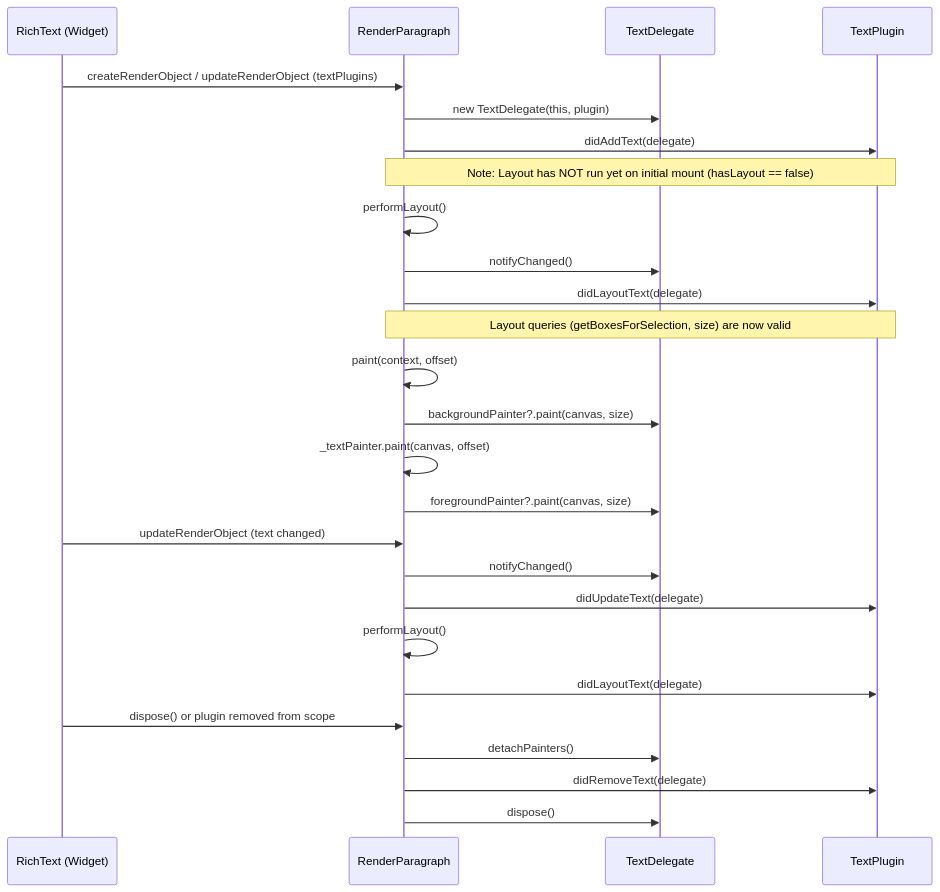
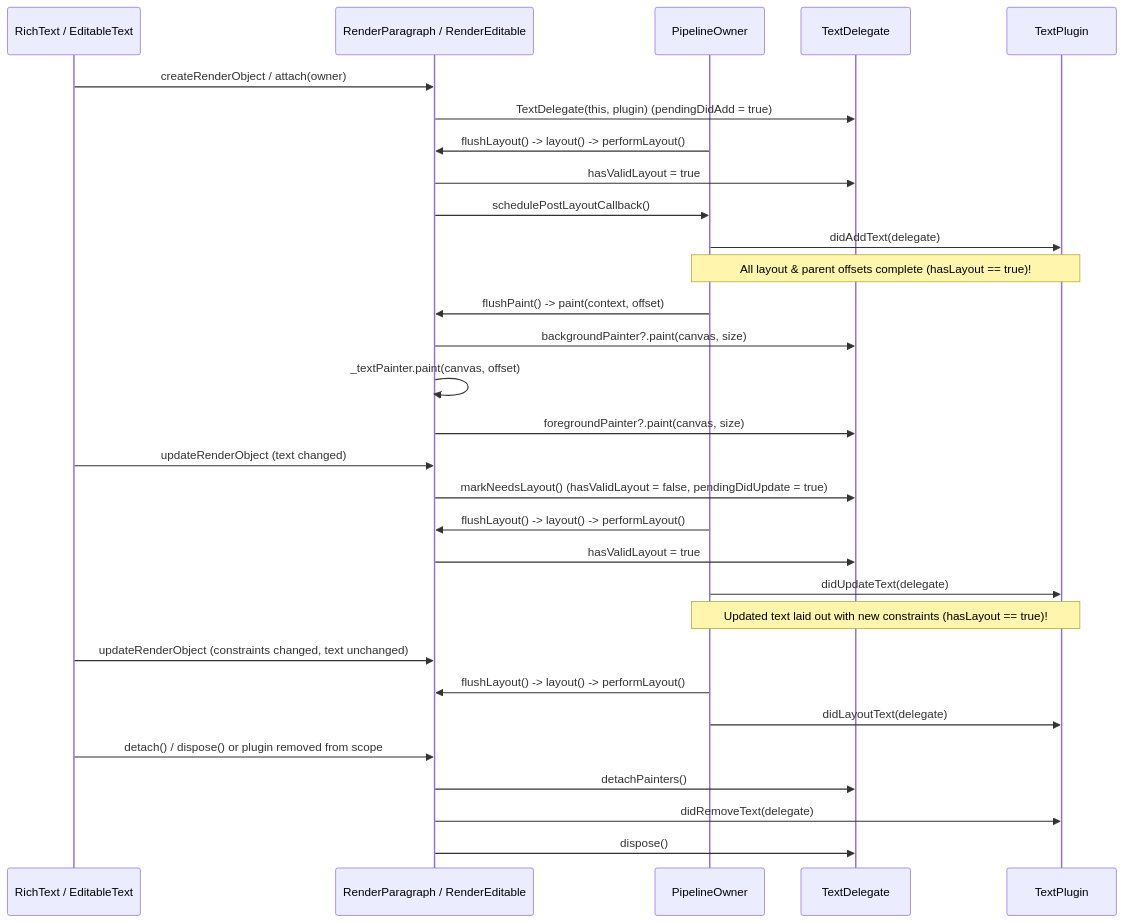
Before and after one commit to flutter/rfc: the second of 3 diagrams in rfc/170.0000-composable-text-plugins.md, drawn with Mermaid. The commit also changed other lines of this file, not shown here.

````diff
--- a/rfc/170.0000-composable-text-plugins.md
+++ b/rfc/170.0000-composable-text-plugins.md
@@ -290,33 +332,38 @@
 ```mermaid
 sequenceDiagram
-    participant W as RichText (Widget)
-    participant RP as RenderParagraph
+    participant W as RichText / EditableText
+    participant RO as RenderParagraph / RenderEditable
+    participant PO as PipelineOwner
     participant TD as TextDelegate
     participant TP as TextPlugin
 
-    W->>RP: createRenderObject / updateRenderObject (textPlugins)
-    RP->>TD: new TextDelegate(this, plugin)
-    RP->>TP: didAddText(delegate)
-    Note over RP,TP: Note: Layout has NOT run yet on initial mount (hasLayout == false)
+    W->>RO: createRenderObject / attach(owner)
+    RO->>TD: TextDelegate(this, plugin) (pendingDidAdd = true)
 
-    RP->>RP: performLayout()
-    RP->>TD: notifyChanged()
-    RP->>TP: didLayoutText(delegate)
-    Note over RP,TP: Layout queries (getBoxesForSelection, size) are now valid
+    PO->>RO: flushLayout() -> layout() -> performLayout()
+    RO->>TD: hasValidLayout = true
+    RO->>PO: schedulePostLayoutCallback()
+    PO->>TP: didAddText(delegate)
+    Note over PO,TP: All layout & parent offsets complete (hasLayout == true)!
 
-    RP->>RP: paint(context, offset)
-    RP->>TD: backgroundPainter?.paint(canvas, size)
-    RP->>RP: _textPainter.paint(canvas, offset)
-    RP->>TD: foregroundPainter?.paint(canvas, size)
+    PO->>RO: flushPaint() -> paint(context, offset)
+    RO->>TD: backgroundPainter?.paint(canvas, size)
+    RO->>RO: _textPainter.paint(canvas, offset)
+    RO->>TD: foregroundPainter?.paint(canvas, size)
 
-    W->>RP: updateRenderObject (text changed)
-    RP->>TD: notifyChanged()
-    RP->>TP: didUpdateText(delegate)
-    RP->>RP: performLayout()
-    RP->>TP: didLayoutText(delegate)
+    W->>RO: updateRenderObject (text changed)
+    RO->>TD: markNeedsLayout() (hasValidLayout = false, pendingDidUpdate = true)
+    PO->>RO: flushLayout() -> layout() -> performLayout()
+    RO->>TD: hasValidLayout = true
+    PO->>TP: didUpdateText(delegate)
+    Note over PO,TP: Updated text laid out with new constraints (hasLayout == true)!
 
-    W->>RP: dispose() or plugin removed from scope
-    RP->>TD: detachPainters()
-    RP->>TP: didRemoveText(delegate)
-    RP->>TD: dispose()
+    W->>RO: updateRenderObject (constraints changed, text unchanged)
+    PO->>RO: flushLayout() -> layout() -> performLayout()
+    PO->>TP: didLayoutText(delegate)
+
+    W->>RO: detach() / dispose() or plugin removed from scope
+    RO->>TD: detachPainters()
+    RO->>TP: didRemoveText(delegate)
+    RO->>TD: dispose()
 ```
````
